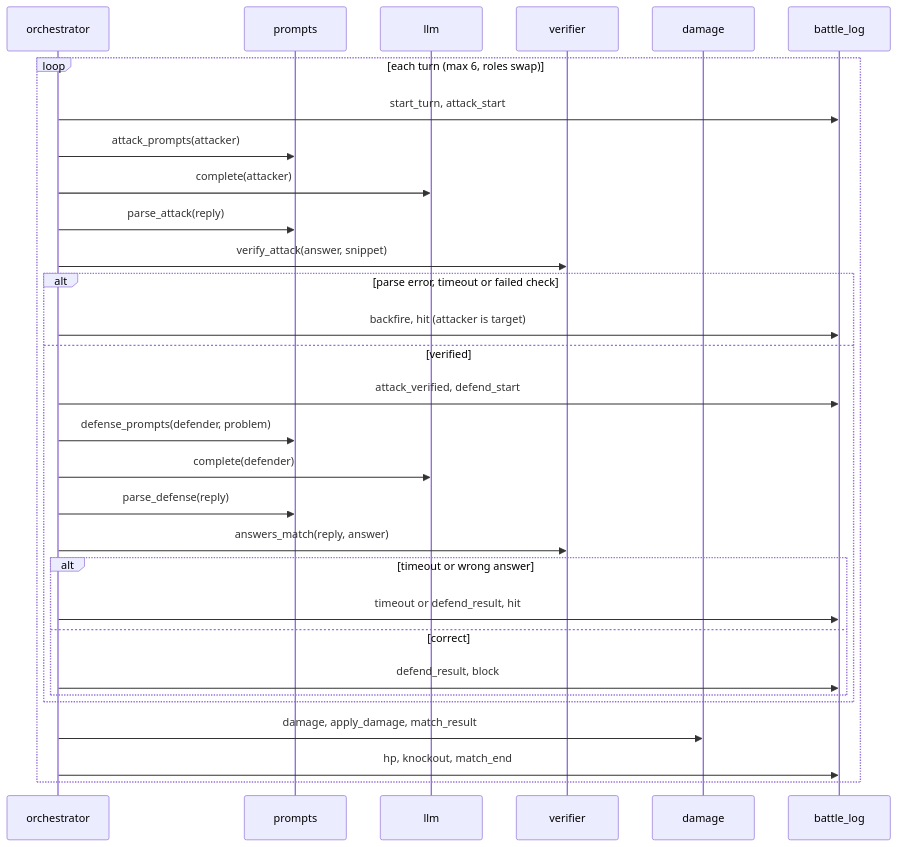
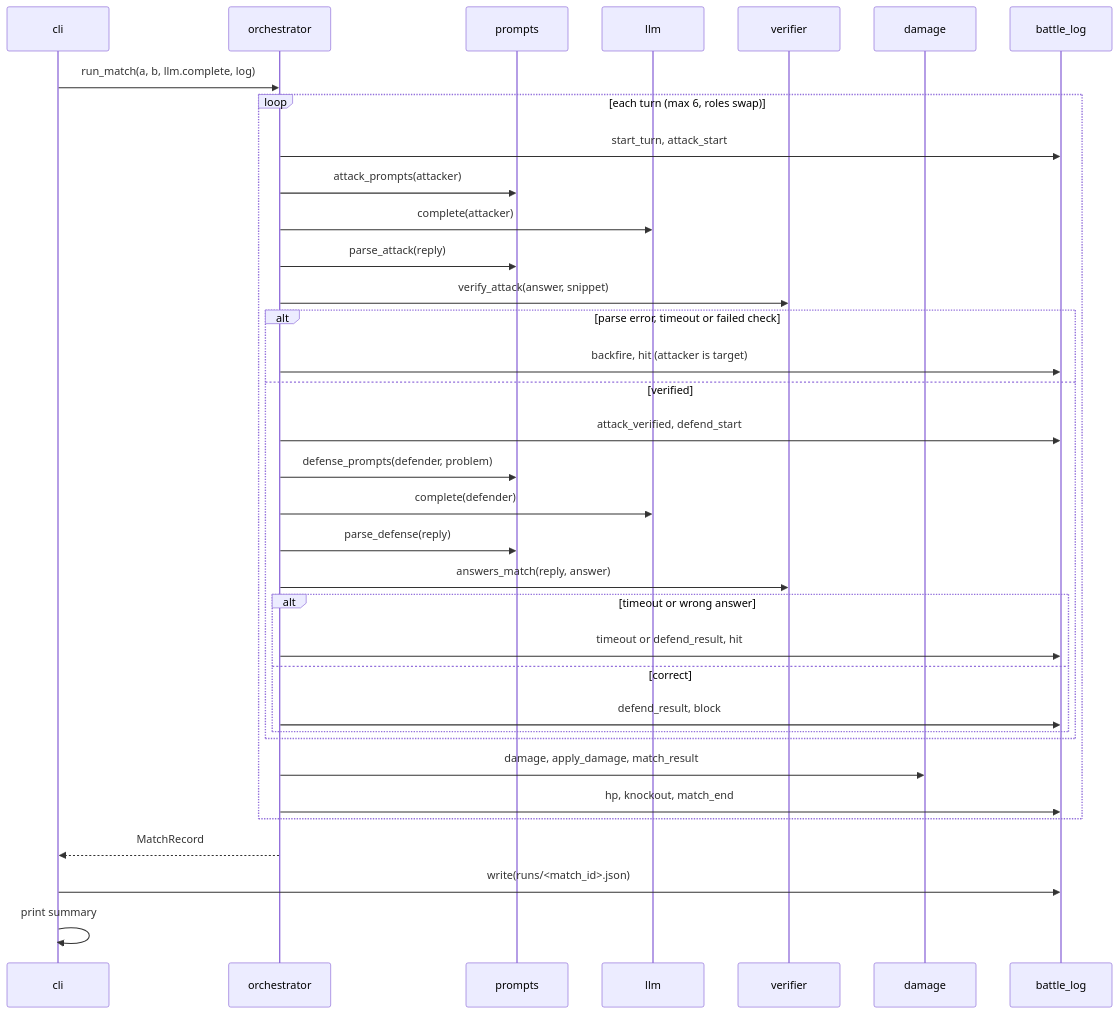
One commit to aum2606/agent-arena changed the diagram in docs/FLOW.md. Above: the diagram before and after it, drawn with Mermaid. The commit also changed other lines of this file and 3 other files, not shown here.

Commit message:
feat(cli): add arena match command

````diff
--- a/docs/FLOW.md
+++ b/docs/FLOW.md
@@ -3,33 +3,38 @@
 ```mermaid
 sequenceDiagram
+    participant C as cli
     participant O as orchestrator
     participant P as prompts
     participant L as llm
     participant V as verifier
     participant D as damage
     participant G as battle_log
 
+    C->>O: run_match(a, b, llm.complete, log)
     loop each turn (max 6, roles swap)
         O->>G: start_turn, attack_start
         O->>P: attack_prompts(attacker)
         O->>L: complete(attacker)
         O->>P: parse_attack(reply)
         O->>V: verify_attack(answer, snippet)
         alt parse error, timeout or failed check
             O->>G: backfire, hit (attacker is target)
         else verified
             O->>G: attack_verified, defend_start
             O->>P: defense_prompts(defender, problem)
             O->>L: complete(defender)
             O->>P: parse_defense(reply)
             O->>V: answers_match(reply, answer)
             alt timeout or wrong answer
                 O->>G: timeout or defend_result, hit
             else correct
                 O->>G: defend_result, block
             end
         end
         O->>D: damage, apply_damage, match_result
         O->>G: hp, knockout, match_end
     end
+    O-->>C: MatchRecord
+    C->>G: write(runs/<match_id>.json)
+    C->>C: print summary
 ```
````
